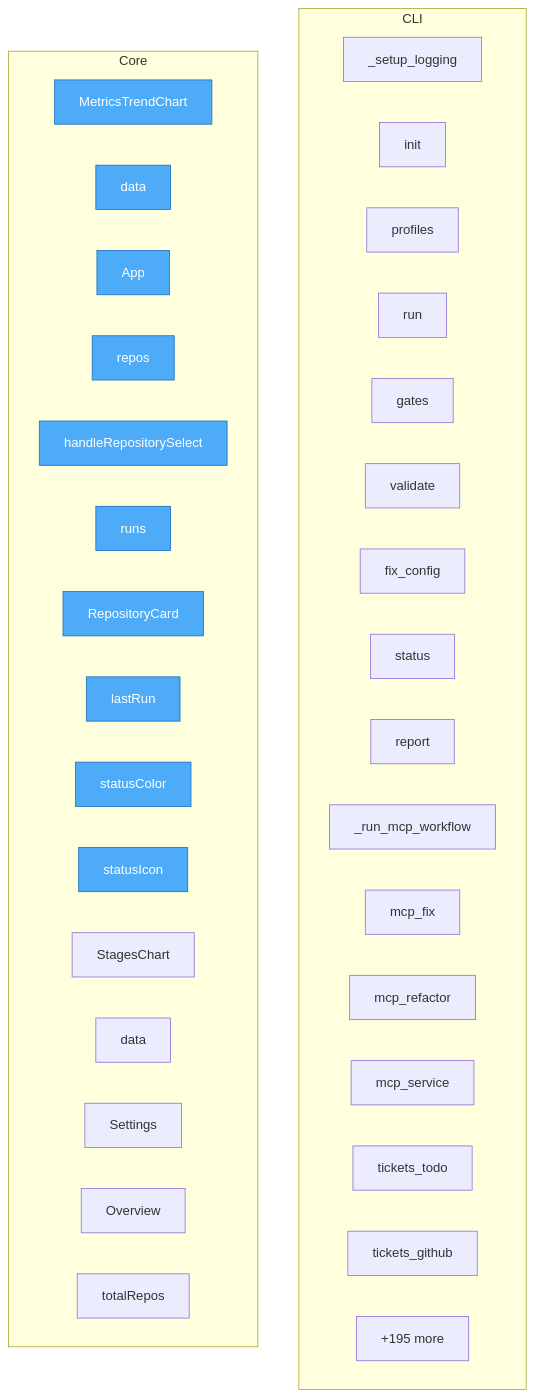
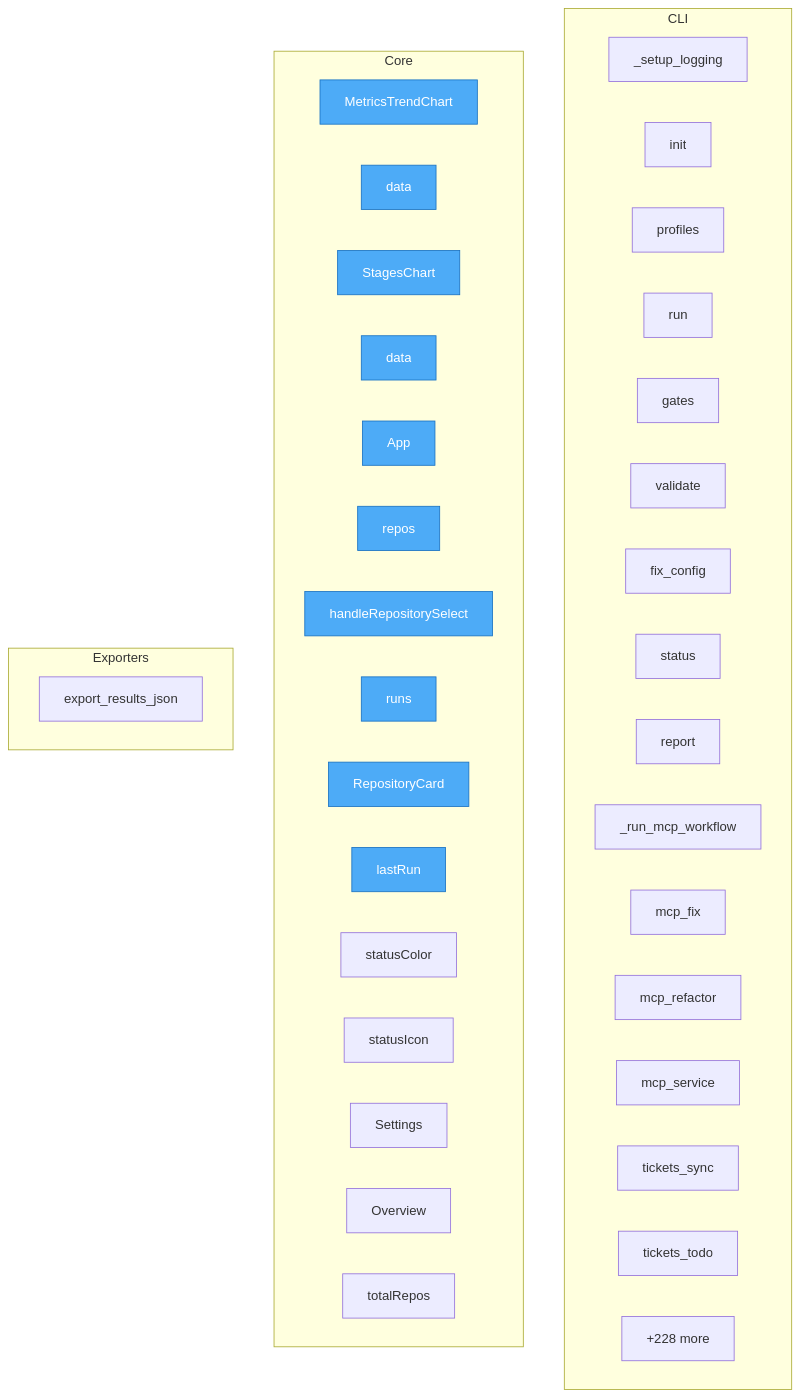
One commit to semcod/pyqual changed the diagram in project/flow.mmd. Above: the diagram before and after it, drawn with Mermaid. The commit also changed 46 other files, not shown here.

```diff
--- a/project/flow.mmd
+++ b/project/flow.mmd
@@ -1,44 +1,48 @@
 flowchart TD
 
     %% Entry points (blue)
     classDef entry fill:#4dabf7,stroke:#1971c2,color:#fff
 
     subgraph CLI
         pyqual__cli___setup_logging["_setup_logging"]
         pyqual__cli__init["init"]
         pyqual__cli__profiles["profiles"]
         pyqual__cli__run["run"]
         pyqual__cli__gates["gates"]
         pyqual__cli__validate["validate"]
         pyqual__cli__fix_config["fix_config"]
         pyqual__cli__status["status"]
         pyqual__cli__report["report"]
         pyqual__cli___run_mcp_workflow["_run_mcp_workflow"]
         pyqual__cli__mcp_fix["mcp_fix"]
         pyqual__cli__mcp_refactor["mcp_refactor"]
         pyqual__cli__mcp_service["mcp_service"]
+        pyqual__cli__tickets_sync["tickets_sync"]
         pyqual__cli__tickets_todo["tickets_todo"]
-        pyqual__cli__tickets_github["tickets_github"]
-        ...["+33 more"]
+        ...["+44 more"]
     end
 
     subgraph Core
         dashboard__src__components__MetricsTrendChart__MetricsTrendChart["MetricsTrendChart"]
         dashboard__src__components__MetricsTrendChart__data["data"]
+        dashboard__src__components__StagesChart__StagesChart["StagesChart"]
+        dashboard__src__components__StagesChart__data["data"]
         dashboard__src__App__App["App"]
         dashboard__src__App__repos["repos"]
         dashboard__src__App__handleRepositorySelect["handleRepositorySelect"]
         dashboard__src__App__runs["runs"]
         dashboard__src__App__RepositoryCard["RepositoryCard"]
         dashboard__src__App__lastRun["lastRun"]
         dashboard__src__App__statusColor["statusColor"]
         dashboard__src__App__statusIcon["statusIcon"]
-        dashboard__src__components__StagesChart__StagesChart["StagesChart"]
-        dashboard__src__components__StagesChart__data["data"]
         dashboard__src__components__Settings__Settings["Settings"]
         dashboard__src__components__Overview__Overview["Overview"]
         dashboard__src__components__Overview__totalRepos["totalRepos"]
-        ...["+195 more"]
+        ...["+228 more"]
     end
 
-    class dashboard__src__components__MetricsTrendChart__MetricsTrendChart,dashboard__src__components__MetricsTrendChart__data,dashboard__src__App__App,dashboard__src__App__repos,dashboard__src__App__handleRepositorySelect,dashboard__src__App__runs,dashboard__src__App__RepositoryCard,dashboard__src__App__lastRun,dashboard__src__App__statusColor,dashboard__src__App__statusIcon entry
+    subgraph Exporters
+        pyqual__api__export_results_json["export_results_json"]
+    end
+
+    class dashboard__src__components__MetricsTrendChart__MetricsTrendChart,dashboard__src__components__MetricsTrendChart__data,dashboard__src__components__StagesChart__StagesChart,dashboard__src__components__StagesChart__data,dashboard__src__App__App,dashboard__src__App__repos,dashboard__src__App__handleRepositorySelect,dashboard__src__App__runs,dashboard__src__App__RepositoryCard,dashboard__src__App__lastRun entry
```
